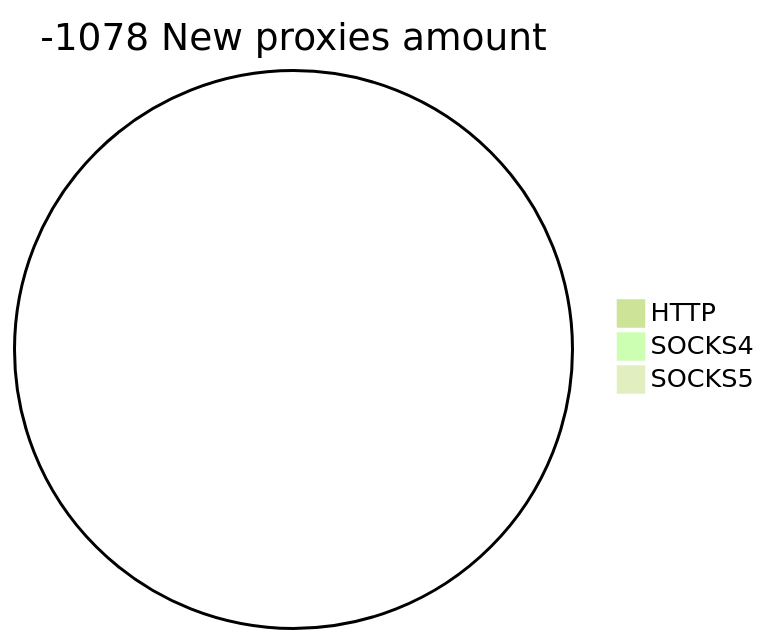
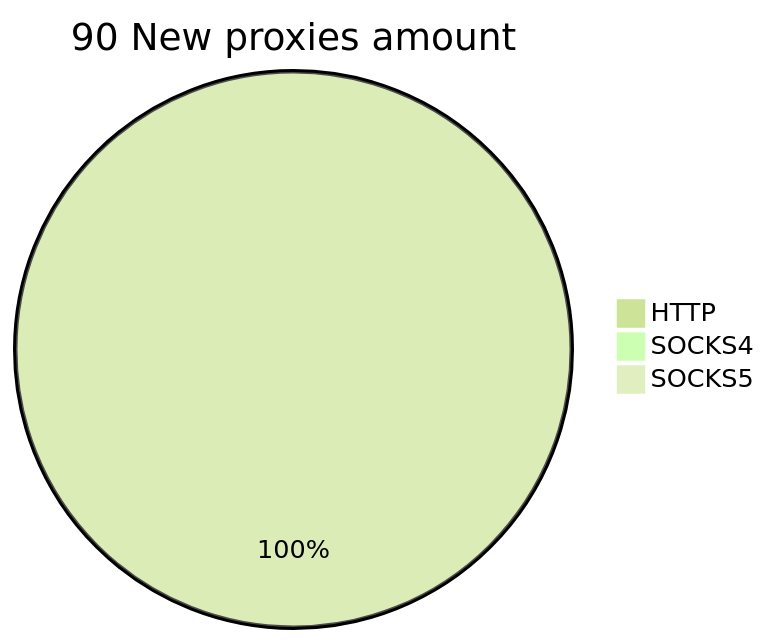
Before and after one commit to cutipu/proxylist: the second of 2 diagrams in README.md, drawn with Mermaid (forest theme). The commit also changed other lines of this file, not shown here.

````diff
--- a/README.md
+++ b/README.md
@@ -10,6 +10,6 @@
 ```mermaid
-pie title -1078 New proxies amount
-    "HTTP" : 0
+pie title 90 New proxies amount
+    "HTTP" : 90
     "SOCKS4" : 0
     "SOCKS5" : 0
 ```
````
